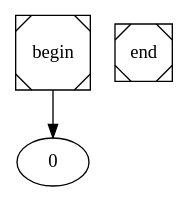
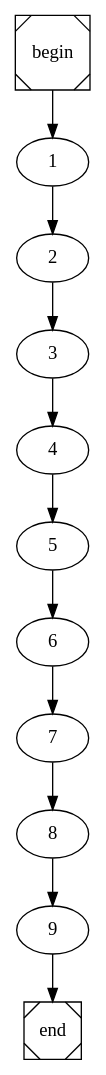
One commit to arubenruben/JMM-Compiler changed the diagram in constInstr.dot. Above: the diagram before and after it, drawn with Graphviz. The commit also changed 5 other files, not shown here.

```diff
--- a/constInstr.dot
+++ b/constInstr.dot
@@ -1,4 +1,4 @@
 digraph cfg {
 	begin [shape=Msquare];
 	end [shape=Msquare];
-	begin -> 0;}
+	begin -> 1;	1 -> 2;	2 -> 3;	3 -> 4;	4 -> 5;	5 -> 6;	6 -> 7;	7 -> 8;	8 -> 9;	9 -> end;}
```
